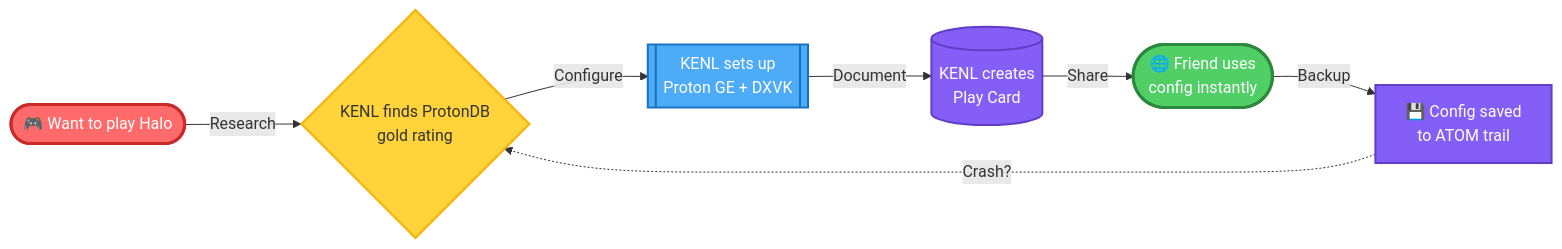
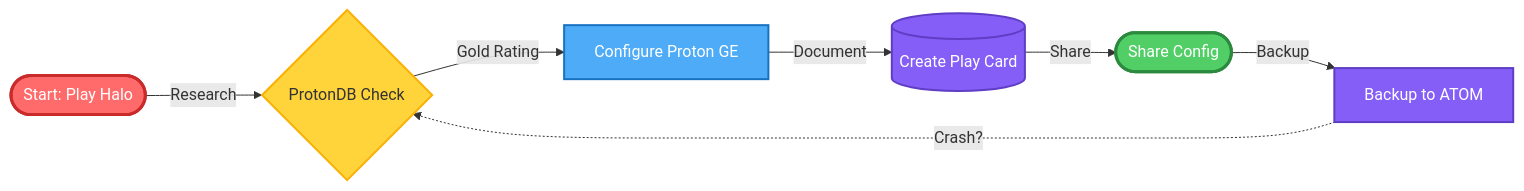
One commit to toolate28/kenl changed the first of 2 diagrams in README.md. Above: the diagram before and after it, drawn with Mermaid. The commit also changed other lines of this file, not shown here.

First line of the commit message:
fix: simplify Mermaid diagrams to resolve GitHub rendering issues

````diff
--- a/README.md
+++ b/README.md
@@ -42,16 +42,23 @@
 ```mermaid
 graph LR
-    A([🎮 Want to play Halo])  -->|Research| B{KENL finds ProtonDB<br/>gold rating}
-    B -->|Configure| C[[KENL sets up<br/>Proton GE + DXVK]]
-    C -->|Document| D[(KENL creates<br/>Play Card)]
-    D -->|Share| E([🌐 Friend uses<br/>config instantly])
-    E -->|Backup| F[💾 Config saved<br/>to ATOM trail]
+    A([Start: Play Halo])
+    B{ProtonDB Check}
+    C[Configure Proton GE]
+    D[(Create Play Card)]
+    E([Share Config])
+    F[Backup to ATOM]
+
+    A -->|Research| B
+    B -->|Gold Rating| C
+    C -->|Document| D
+    D -->|Share| E
+    E -->|Backup| F
     F -.->|Crash?| B
 
     style A fill:#ff6b6b,stroke:#c92a2a,stroke-width:3px,color:#fff
     style B fill:#ffd43b,stroke:#fab005,stroke-width:2px
     style C fill:#4dabf7,stroke:#1971c2,stroke-width:2px,color:#fff
     style D fill:#845ef7,stroke:#5f3dc4,stroke-width:2px,color:#fff
     style E fill:#51cf66,stroke:#2b8a3e,stroke-width:3px,color:#fff
     style F fill:#845ef7,stroke:#5f3dc4,stroke-width:2px,color:#fff
 ```
````
